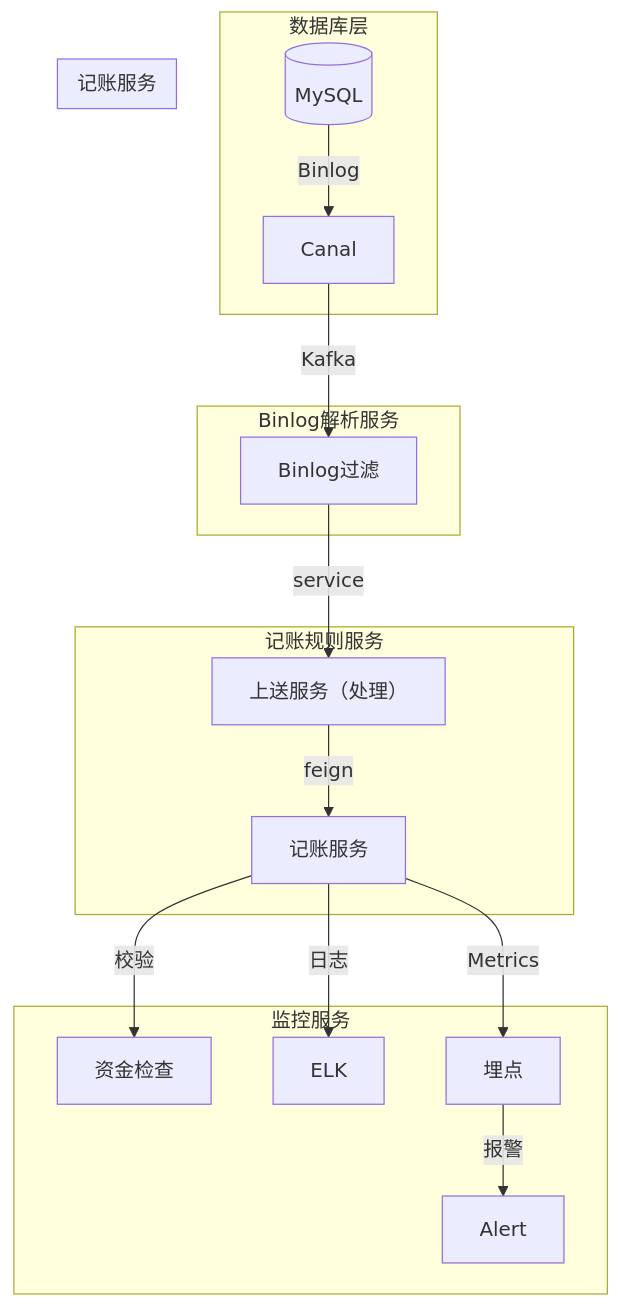
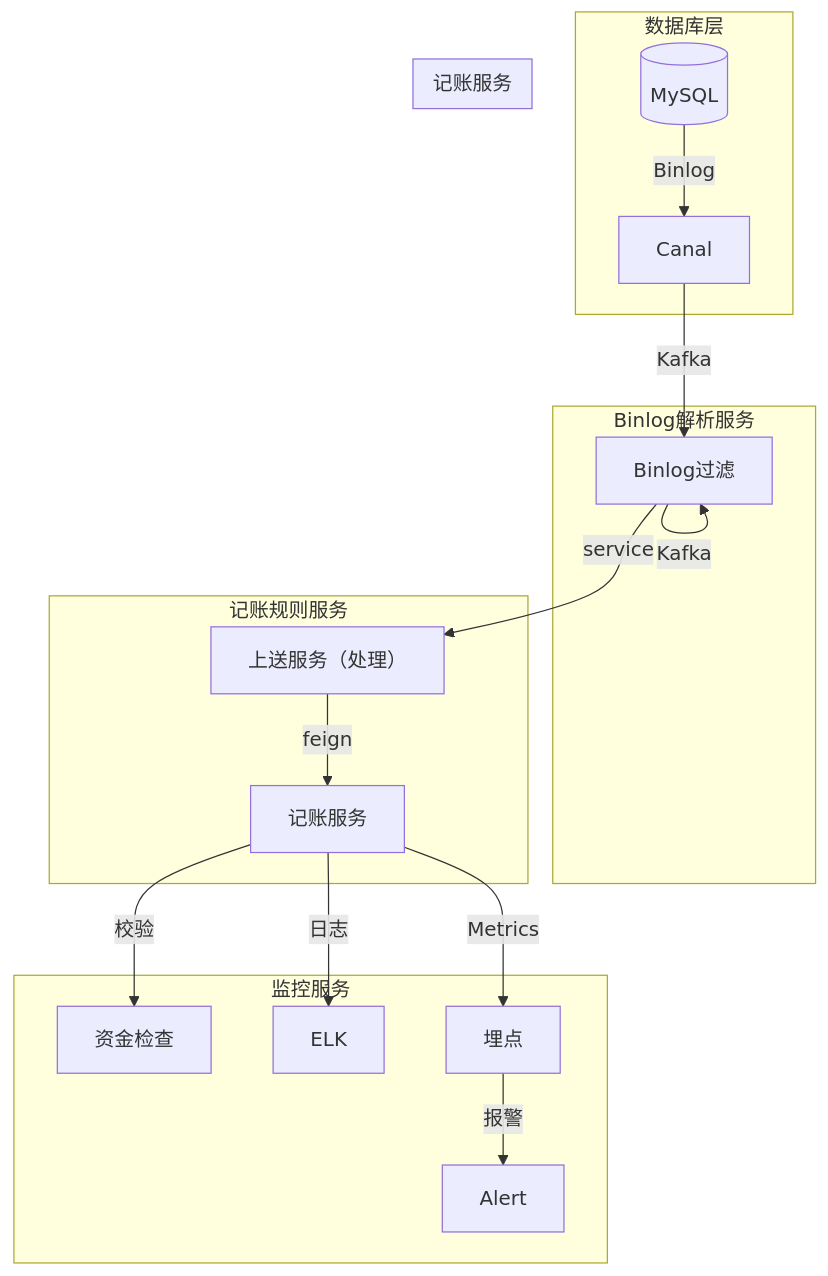
The diagram in all/记账架构图.md (87828943/iodraw-files), drawn with Mermaid before and after one commit.

Commit message:
2025-07-07 14:42:14 update

````diff
--- a/all/记账架构图.md
+++ b/all/记账架构图.md
@@ -1,23 +1,24 @@
 ```mermaid
 graph TB
     subgraph 数据库层
         DB[(MySQL)] -->|Binlog| Canal
     end
     subgraph Binlog解析服务
         Canal -->|Kafka| Parser[Binlog过滤]
+        Parser -->|Kafka| Parser[Binlog过滤]
     end
     subgraph 记账规则服务
         
         Parser -->|service| Engine[上送服务（处理）]
         Engine -->|feign| Accounting[记账服务]
     end
     subgraph 记账服务
        
     end
     subgraph 监控服务
         Accounting --> |校验| 资金检查
         Accounting -->|日志| ELK
         Accounting -->|Metrics| 埋点
         埋点 -->|报警| Alert
     end
 ```
````
